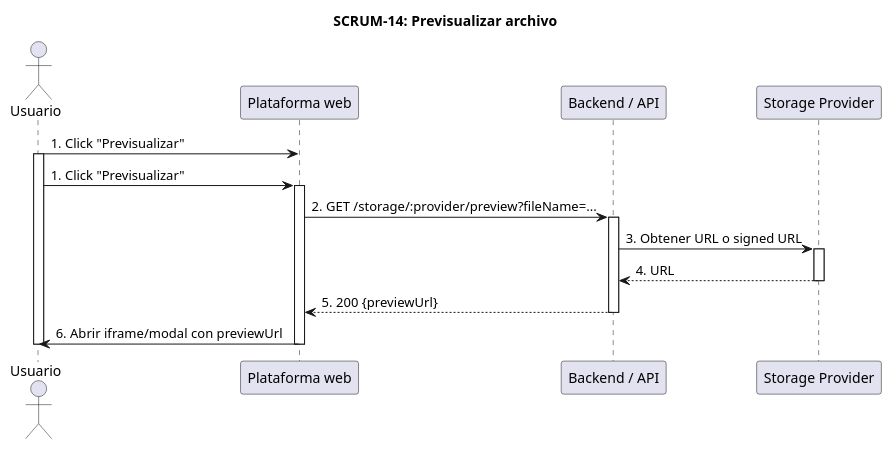
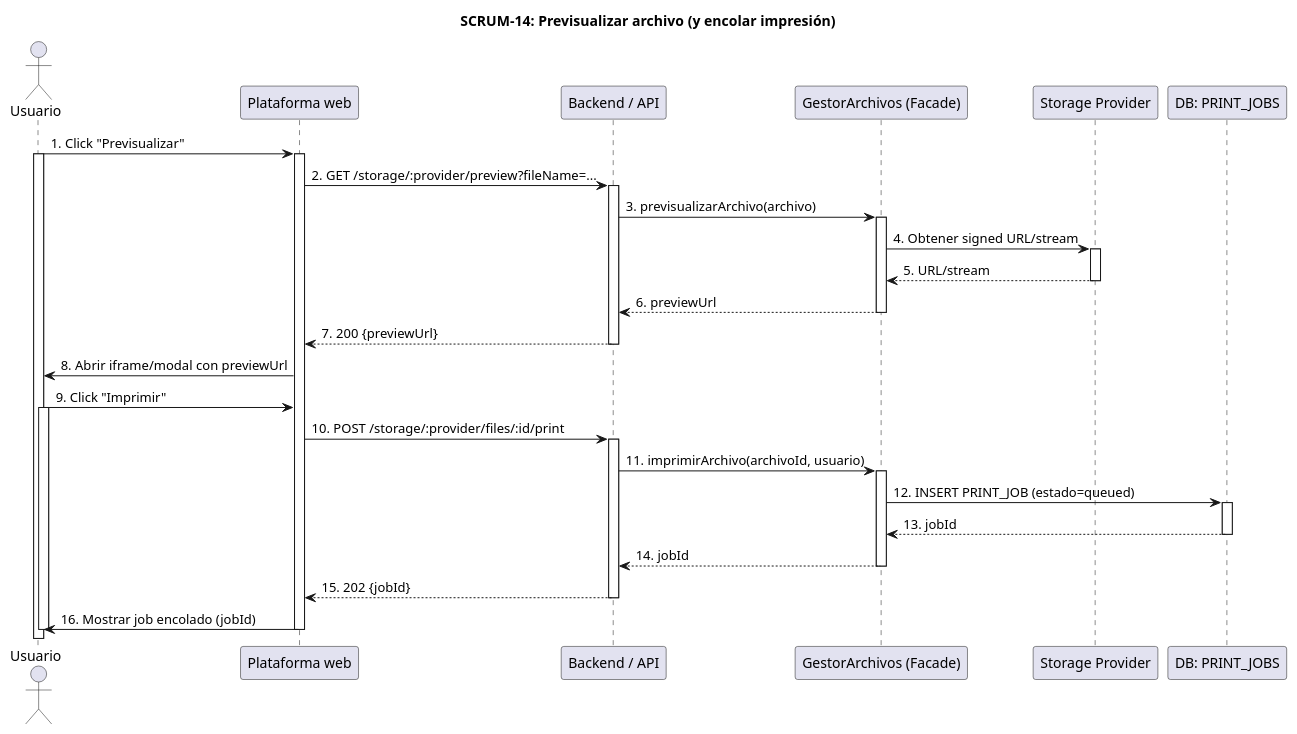
One commit to IraPues890/SW2_SISTEMA_DE_ALMACENAMIENTO changed the diagram in diagrams/sequence/SCRUM-14_previsualizar.puml. Above: the diagram before and after it, drawn with PlantUML. The commit also changed 8 other files, not shown here.

First line of the commit message:
diagramas de secuencia y cambio en bd y clases.

```diff
--- a/diagrams/sequence/SCRUM-14_previsualizar.puml
+++ b/diagrams/sequence/SCRUM-14_previsualizar.puml
@@ -1,24 +1,47 @@
 @startuml SCRUM-14_Previsualizar
-title SCRUM-14: Previsualizar archivo
+title SCRUM-14: Previsualizar archivo (y encolar impresión)
 
 actor Usuario
 participant "Plataforma web" as Frontend
 participant "Backend / API" as Backend
+participant "GestorArchivos (Facade)" as Gestor
 participant "Storage Provider" as Storage
+participant "DB: PRINT_JOBS" as PrintJobsDB
 
 Usuario -> Frontend: 1. Click "Previsualizar"
 activate Usuario
-Usuario -> Frontend: 1. Click "Previsualizar"
 activate Frontend
 Frontend -> Backend: 2. GET /storage/:provider/preview?fileName=...
 activate Backend
-Backend -> Storage: 3. Obtener URL o signed URL
+Backend -> Gestor: 3. previsualizarArchivo(archivo)
+activate Gestor
+Gestor -> Storage: 4. Obtener signed URL/stream
 activate Storage
-Storage --> Backend: 4. URL
+Storage --> Gestor: 5. URL/stream
 deactivate Storage
-Backend --> Frontend: 5. 200 {previewUrl}
+Gestor --> Backend: 6. previewUrl
+deactivate Gestor
+Backend --> Frontend: 7. 200 {previewUrl}
 deactivate Backend
-Frontend -> Usuario: 6. Abrir iframe/modal con previewUrl
+Frontend -> Usuario: 8. Abrir iframe/modal con previewUrl
+
+' Acción adicional: usuario desea imprimir
+Usuario -> Frontend: 9. Click "Imprimir"
+activate Usuario
+Frontend -> Backend: 10. POST /storage/:provider/files/:id/print
+activate Backend
+Backend -> Gestor: 11. imprimirArchivo(archivoId, usuario)
+activate Gestor
+Gestor -> PrintJobsDB: 12. INSERT PRINT_JOB (estado=queued)
+activate PrintJobsDB
+PrintJobsDB --> Gestor: 13. jobId
+deactivate PrintJobsDB
+Gestor --> Backend: 14. jobId
+deactivate Gestor
+Backend --> Frontend: 15. 202 {jobId}
+deactivate Backend
+Frontend -> Usuario: 16. Mostrar job encolado (jobId)
 deactivate Frontend
 deactivate Usuario
+
 @enduml
```
